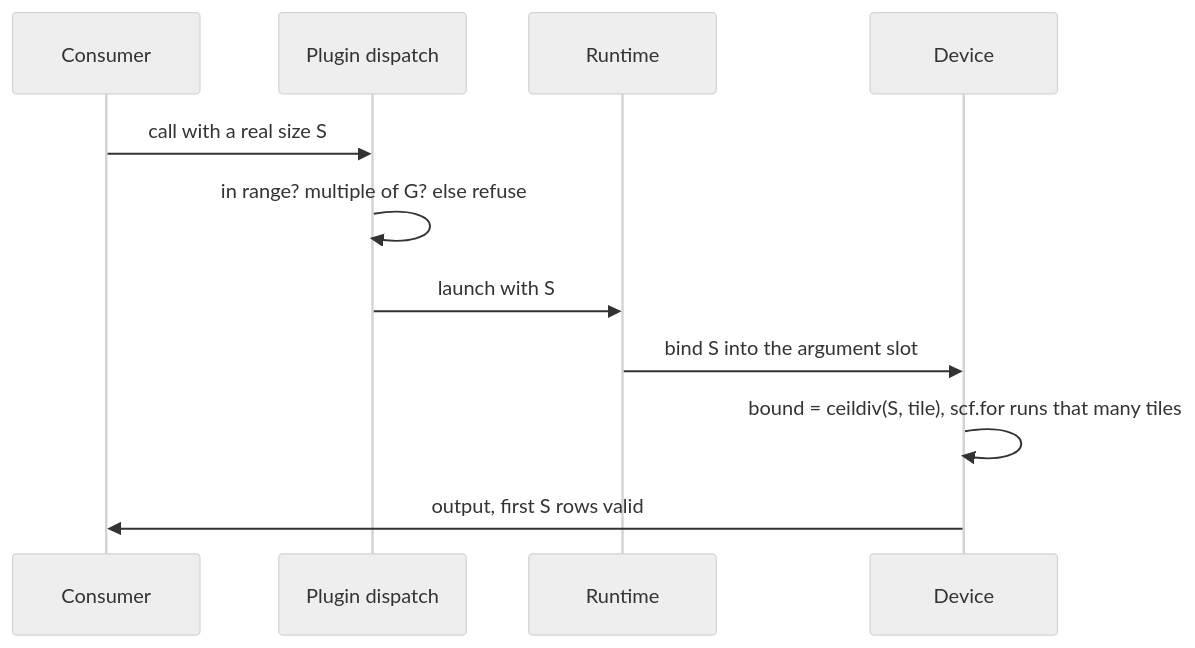
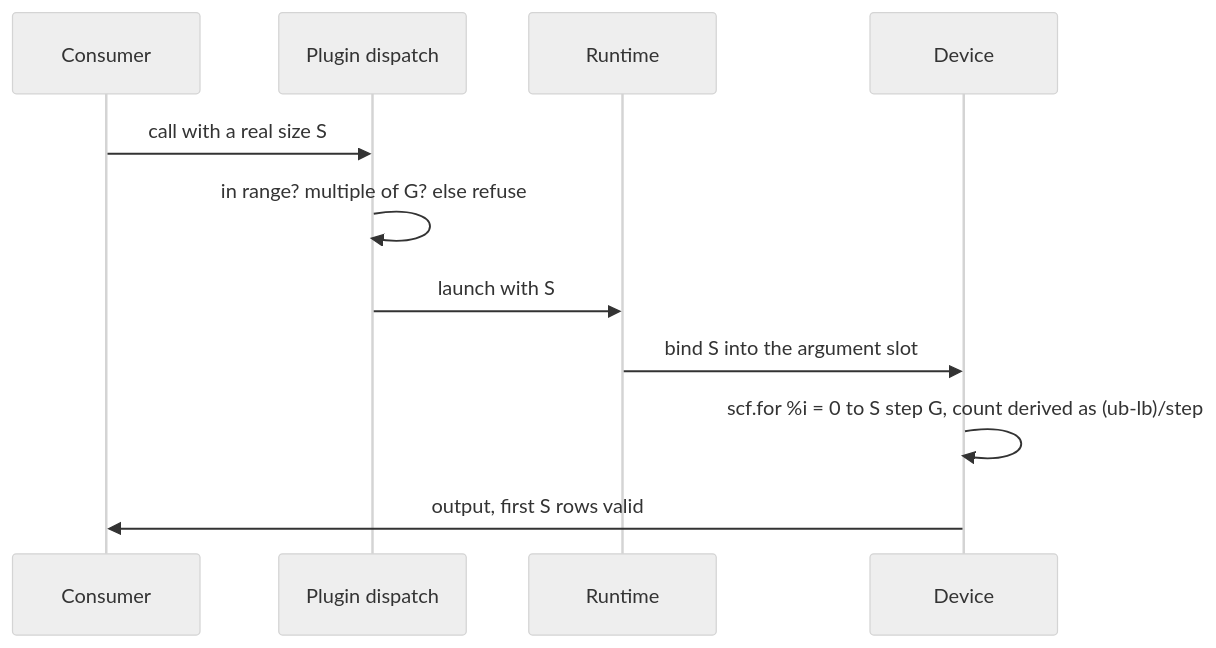
Before and after one commit to GopikrishnaGitRepo/torch-spyre: the eighth of 14 diagrams in docs/source/compiler/symbolic_shapes.md, drawn with Mermaid (neutral theme). The commit also changed other lines of this file, not shown here.

````diff
--- a/docs/source/compiler/symbolic_shapes.md
+++ b/docs/source/compiler/symbolic_shapes.md
@@ -553,13 +957,13 @@
 ```mermaid
 sequenceDiagram
   participant U as Consumer
   participant P as Plugin dispatch
   participant R as Runtime
   participant Dv as Device
   U->>P: call with a real size S
   P->>P: in range? multiple of G? else refuse
   P->>R: launch with S
   R->>Dv: bind S into the argument slot
-  Dv->>Dv: bound = ceildiv(S, tile), scf.for runs that many tiles
+  Dv->>Dv: scf.for %i = 0 to S step G, count derived as (ub-lb)/step
   Dv->>U: output, first S rows valid
 ```
````
